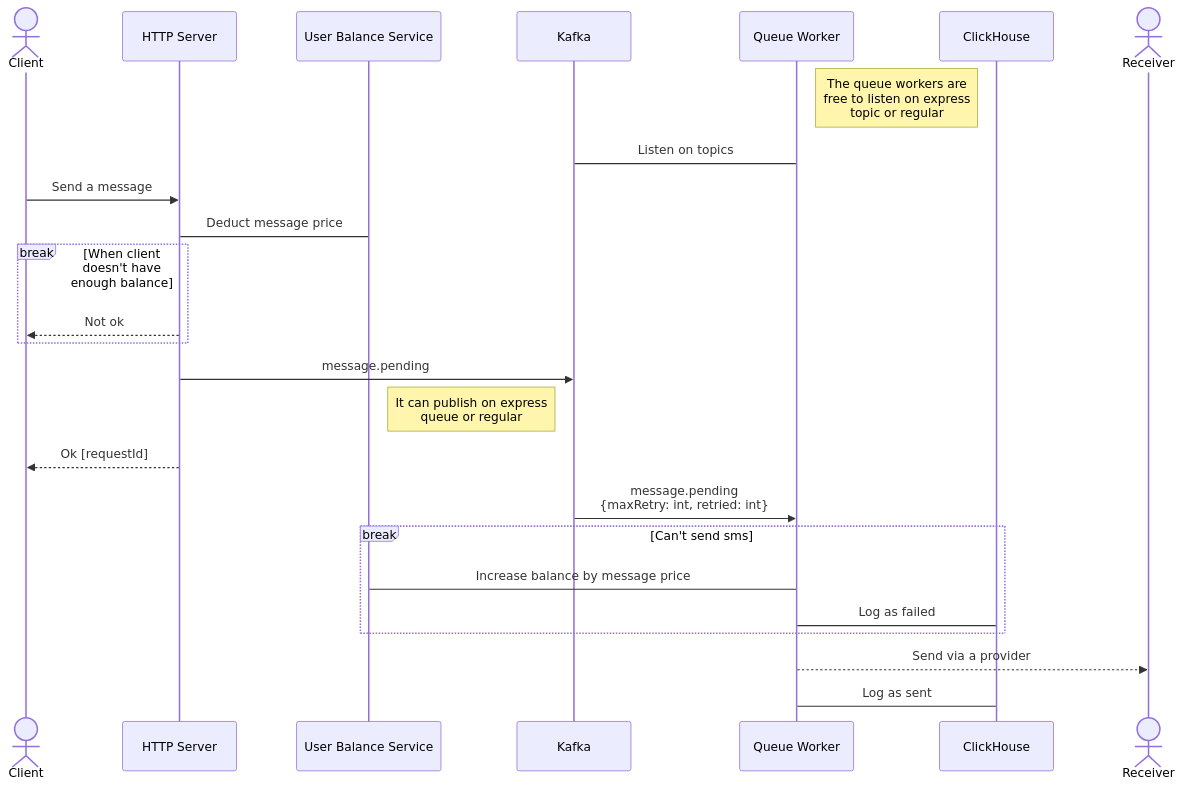
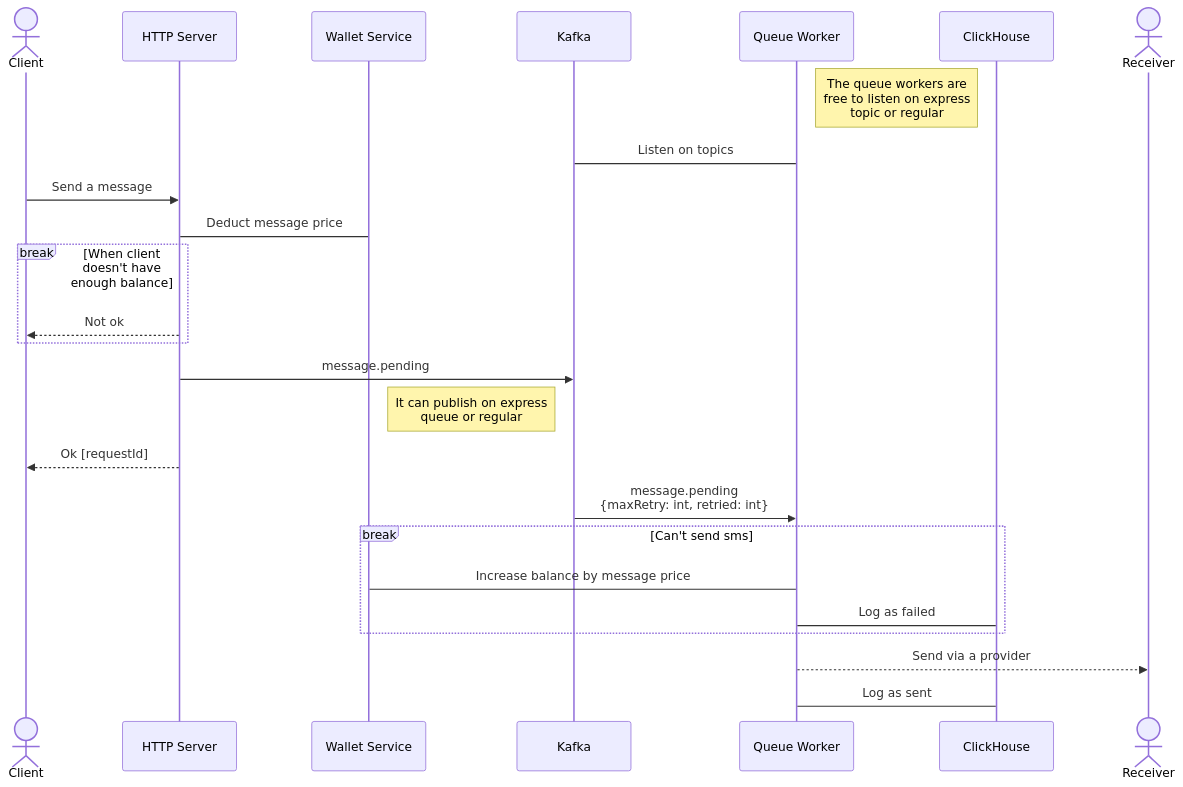
One commit to kadsin/sms-gateway changed the second of 4 diagrams in docs/architecture.md. Above: the diagram before and after it, drawn with Mermaid. The commit also changed other lines of this file and 19 other files, not shown here.

Commit message:
refactor: Use `wallet` name instead of `user balance`

````diff
--- a/docs/architecture.md
+++ b/docs/architecture.md
@@ -50,31 +50,31 @@
 ```mermaid
 sequenceDiagram
     Actor c as Client
     Participant s as HTTP Server
-    Participant ubs as User Balance Service
+    Participant ubs as Wallet Service
     Participant mb as Kafka
     Participant w as Queue Worker
     Note right of w : The queue workers are<br>free to listen on express<br>topic or regular
     Participant cdb as ClickHouse
     Actor r as Receiver
 
 w->mb : Listen on topics
 
 c->>s : Send a message
 s->ubs : Deduct message price
 
 break When client doesn't have enough balance
     s-->>c : Not ok
 end
 
 s->>mb : message.pending
 Note left of mb : It can publish on express<br>queue or regular
 s-->>c : Ok [requestId]
 mb->>w : message.pending<br>{maxRetry: int, retried: int}
 break Can't send sms
     w->ubs : Increase balance by message price
     w->cdb : Log as failed
 end
 w-->>r: Send via a provider
 w->cdb : Log as sent
 ```
````
